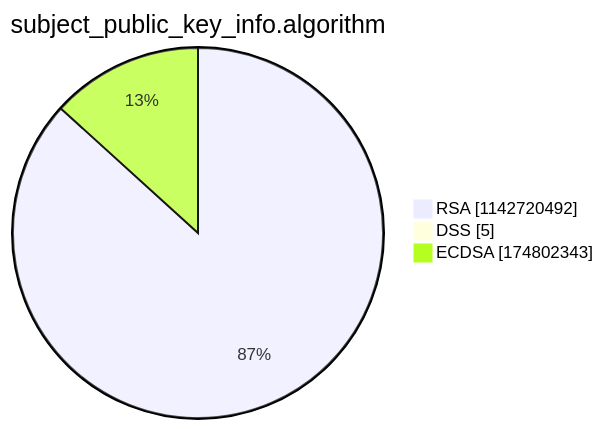
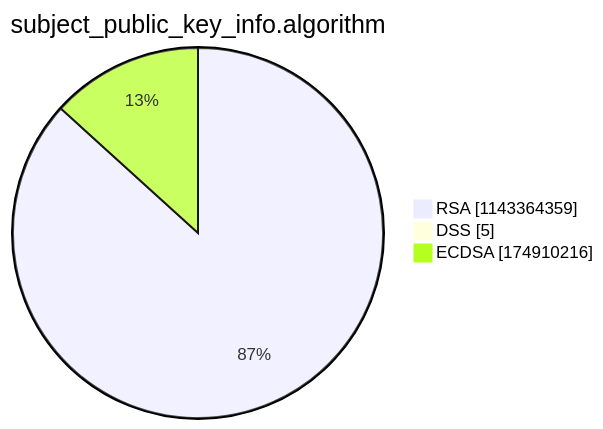
One commit to christiankrug/ctmonitor_visualization changed the third of 15 diagrams in argon2022/README.md. Above: the diagram before and after it, drawn with Mermaid. The commit also changed other lines of this file, not shown here.

````diff
--- a/argon2022/README.md
+++ b/argon2022/README.md
@@ -14,7 +14,7 @@
 ```mermaid
 pie showData
 title subject_public_key_info.algorithm
-"RSA" :1142720492
+"RSA" :1143364359
 "DSS" :5
-"ECDSA" :174802343
+"ECDSA" :174910216
 ```
````
